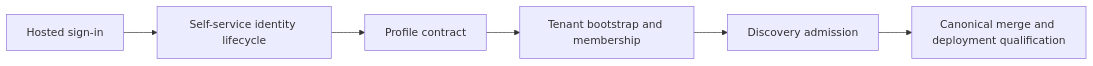
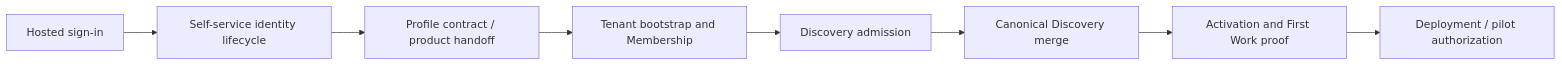
The third of 3 diagrams in docs/en/product/signup-to-discovery.md (baum777/unitera_public_docs), drawn with Mermaid before and after one commit. The commit also changed other lines of this file, not shown here.

Commit message:
docs: update signup-to-discovery with current product implementation

````diff
--- a/docs/en/product/signup-to-discovery.md
+++ b/docs/en/product/signup-to-discovery.md
@@ -89,8 +167,10 @@
 ```mermaid
 flowchart LR
     A[Hosted sign-in] --> B[Self-service identity lifecycle]
-    B --> C[Profile contract]
-    C --> D[Tenant bootstrap and membership]
+    B --> C[Profile contract / product handoff]
+    C --> D[Tenant bootstrap and Membership]
     D --> E[Discovery admission]
-    E --> F[Canonical merge and deployment qualification]
+    E --> F[Canonical Discovery merge]
+    F --> G[Activation and First Work proof]
+    G --> H[Deployment / pilot authorization]
 ```
````
